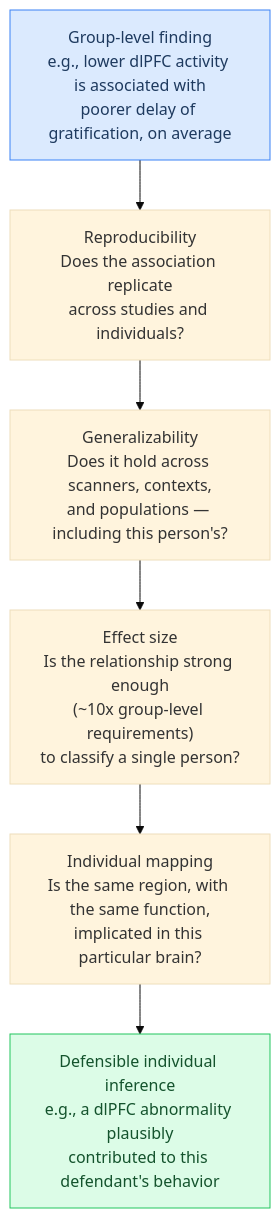
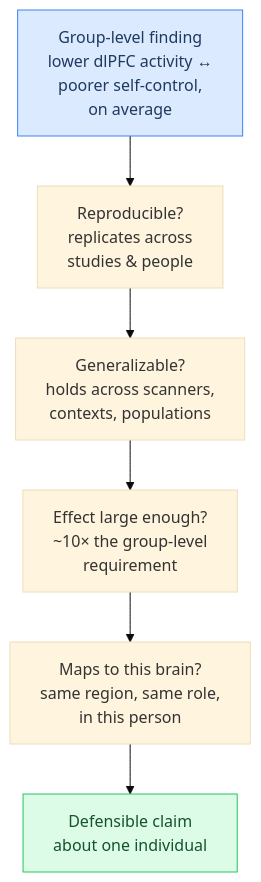
Before and after one commit to torwager/elements-of-fmri-tutorials: the first of 3 diagrams in part1/ch03-imaging-and-society.md, drawn with Mermaid (base theme). The commit also changed other lines of this file and 64 other files, not shown here.

First line of the commit message:
Polish batch A (ch 1-21): equation where-lines + hover tooltips, verbose comments, example outputs, resource links, figure rights + fixes, mermaid cleanup

````diff
--- a/part1/ch03-imaging-and-society.md
+++ b/part1/ch03-imaging-and-society.md
@@ -39,10 +39,10 @@
 ```{mermaid}
 flowchart TD
-    A["Group-level finding<br/>e.g., lower dlPFC activity is associated with<br/>poorer delay of gratification, on average"] --> B["Reproducibility<br/>Does the association replicate<br/>across studies and individuals?"]
-    B --> C["Generalizability<br/>Does it hold across scanners, contexts,<br/>and populations — including this person's?"]
-    C --> D["Effect size<br/>Is the relationship strong enough<br/>(~10x group-level requirements)<br/>to classify a single person?"]
-    D --> E["Individual mapping<br/>Is the same region, with the same function,<br/>implicated in this particular brain?"]
-    E --> F["Defensible individual inference<br/>e.g., a dlPFC abnormality plausibly<br/>contributed to this defendant's behavior"]
+    A["Group-level finding<br/>lower dlPFC activity ↔<br/>poorer self-control,<br/>on average"] --> B["Reproducible?<br/>replicates across<br/>studies & people"]
+    B --> C["Generalizable?<br/>holds across scanners,<br/>contexts, populations"]
+    C --> D["Effect large enough?<br/>~10× the group-level<br/>requirement"]
+    D --> E["Maps to this brain?<br/>same region, same role,<br/>in this person"]
+    E --> F["Defensible claim<br/>about one individual"]
     style A fill:#dbeafe,stroke:#3b82f6,color:#1e3a5f
     style F fill:#dcfce7,stroke:#22c55e,color:#14532d
 ```
````
